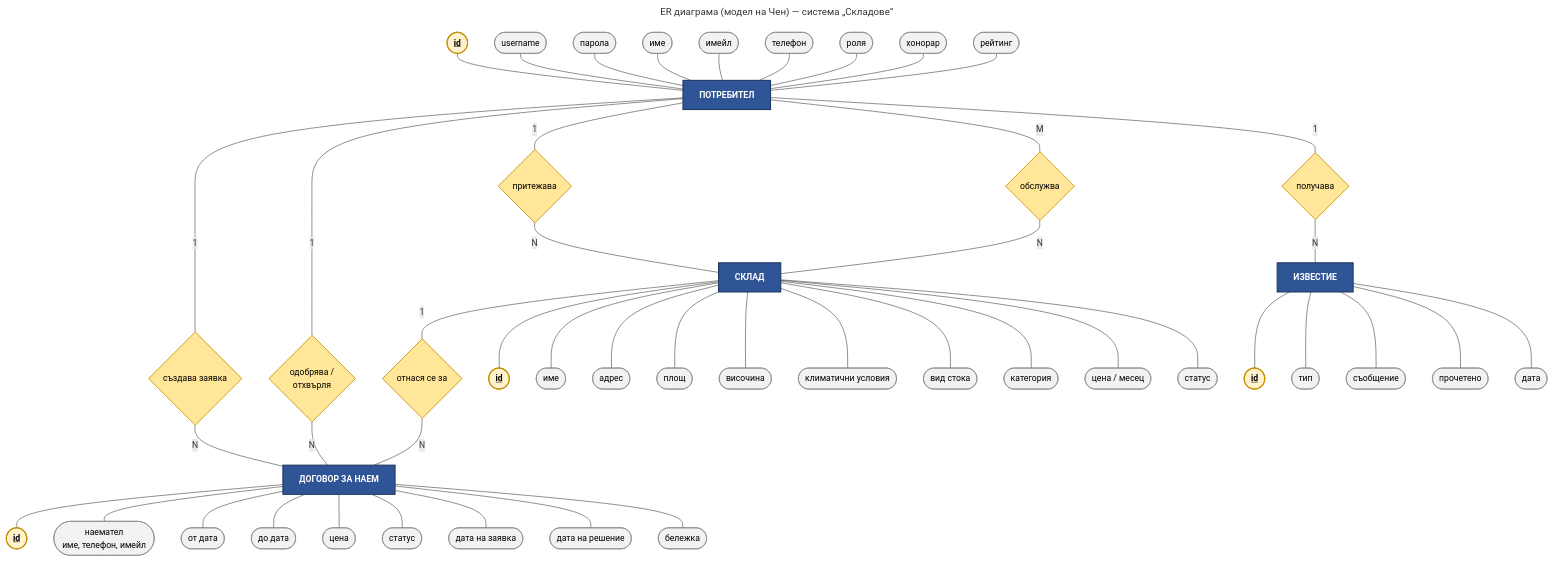
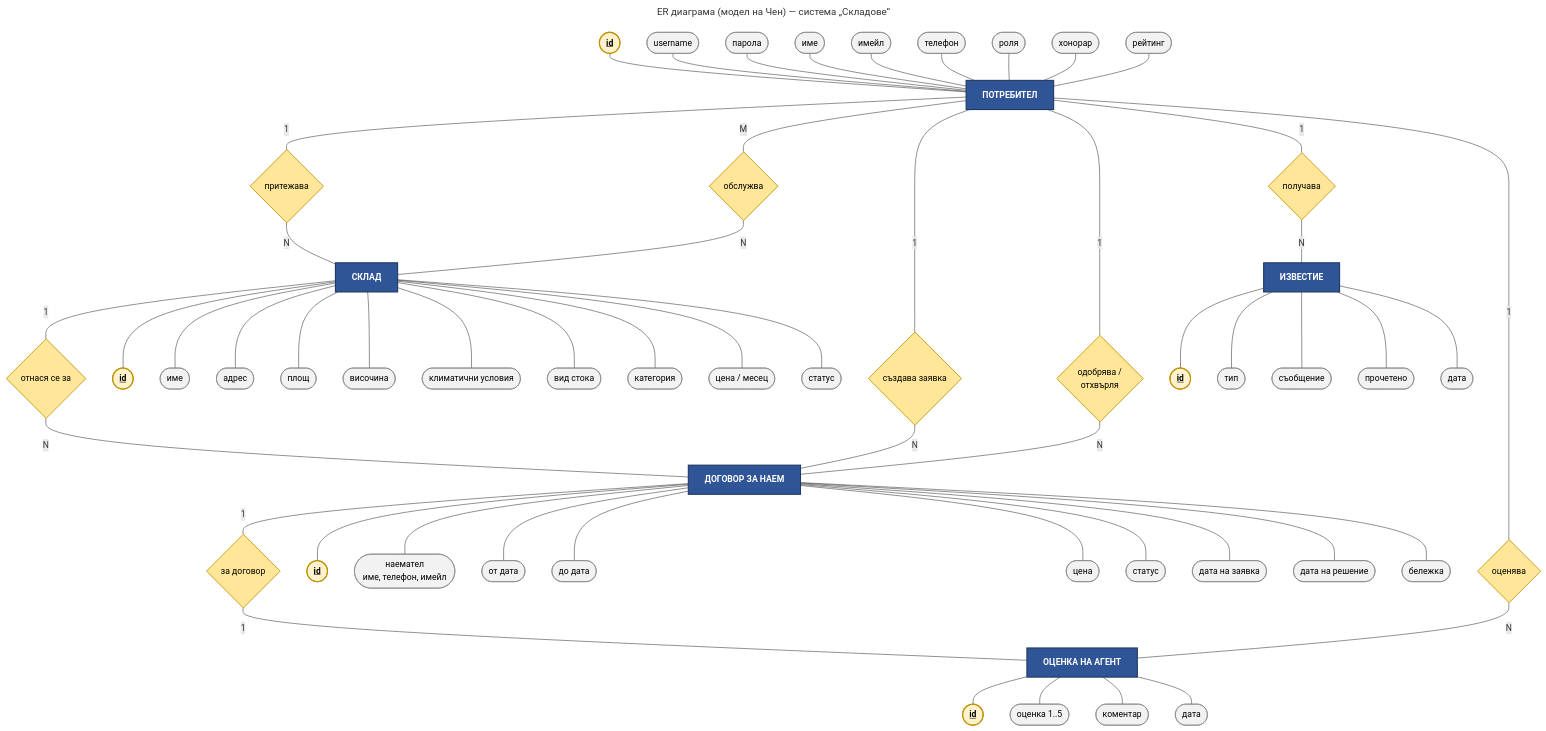
The diagram in docs/mermaid/er-chen.mmd (MaxiTVBG/skladove-spring), drawn with Mermaid before and after one commit. The commit also changed 7 other files, not shown here.

Commit message:
Обновени UML/ER диаграми с AgentRating и актуализирана документация

```diff
--- a/docs/mermaid/er-chen.mmd
+++ b/docs/mermaid/er-chen.mmd
@@ -1,74 +1,84 @@
 ---
 title: ER диаграма (модел на Чен) — система „Складове“
 ---
 flowchart TB
   %% Правоъгълник = обект, ромб = връзка, овал = атрибут, подчертан = първичен ключ
 
   %% ---------- Обекти ----------
   USER[ПОТРЕБИТЕЛ]
   WH[СКЛАД]
   RC[ДОГОВОР ЗА НАЕМ]
   NT[ИЗВЕСТИЕ]
+  AR[ОЦЕНКА НА АГЕНТ]
 
   %% ---------- Връзки ----------
   owns{притежава}
   serves{обслужва}
   creates{създава заявка}
   decides{одобрява /<br/>отхвърля}
   covers{отнася се за}
   receives{получава}
+  rates{оценява}
+  rated_for{за договор}
 
   USER ---|1| owns ---|N| WH
   USER ---|M| serves ---|N| WH
   USER ---|1| creates ---|N| RC
   USER ---|1| decides ---|N| RC
   WH ---|1| covers ---|N| RC
   USER ---|1| receives ---|N| NT
+  USER ---|1| rates ---|N| AR
+  RC ---|1| rated_for ---|1| AR
 
   %% ---------- Атрибути ----------
   u1([<u>id</u>]) --- USER
   u2([username]) --- USER
   u3([парола]) --- USER
   u4([име]) --- USER
   u5([имейл]) --- USER
   u6([телефон]) --- USER
   u7([роля]) --- USER
   u8([хонорар]) --- USER
   u9([рейтинг]) --- USER
 
   WH --- w1([<u>id</u>])
   WH --- w2([име])
   WH --- w3([адрес])
   WH --- w4([площ])
   WH --- w5([височина])
   WH --- w6([климатични условия])
   WH --- w7([вид стока])
   WH --- w8([категория])
   WH --- w9([цена / месец])
   WH --- w10([статус])
 
   RC --- c1([<u>id</u>])
   RC --- c2([наемател<br/>име, телефон, имейл])
   RC --- c3([от дата])
   RC --- c4([до дата])
   RC --- c5([цена])
   RC --- c6([статус])
   RC --- c7([дата на заявка])
   RC --- c8([дата на решение])
   RC --- c9([бележка])
 
   NT --- n1([<u>id</u>])
   NT --- n2([тип])
   NT --- n3([съобщение])
   NT --- n4([прочетено])
   NT --- n5([дата])
 
+  AR --- r1([<u>id</u>])
+  AR --- r2([оценка 1..5])
+  AR --- r3([коментар])
+  AR --- r4([дата])
+
   %% ---------- Стилове ----------
   classDef entity fill:#2F5597,stroke:#1F3864,stroke-width:2px,color:#fff,font-weight:bold
   classDef rel fill:#FFE699,stroke:#BF9000,stroke-width:1.5px,color:#000
   classDef attr fill:#F2F2F2,stroke:#7F7F7F,color:#000
   classDef key fill:#FFF2CC,stroke:#BF9000,stroke-width:2px,color:#000,font-weight:bold
-  class USER,WH,RC,NT entity
-  class owns,serves,creates,decides,covers,receives rel
-  class u2,u3,u4,u5,u6,u7,u8,u9,w2,w3,w4,w5,w6,w7,w8,w9,w10,c2,c3,c4,c5,c6,c7,c8,c9,n2,n3,n4,n5 attr
-  class u1,w1,c1,n1 key
+  class USER,WH,RC,NT,AR entity
+  class owns,serves,creates,decides,covers,receives,rates,rated_for rel
+  class u2,u3,u4,u5,u6,u7,u8,u9,w2,w3,w4,w5,w6,w7,w8,w9,w10,c2,c3,c4,c5,c6,c7,c8,c9,n2,n3,n4,n5,r2,r3,r4 attr
+  class u1,w1,c1,n1,r1 key
```
